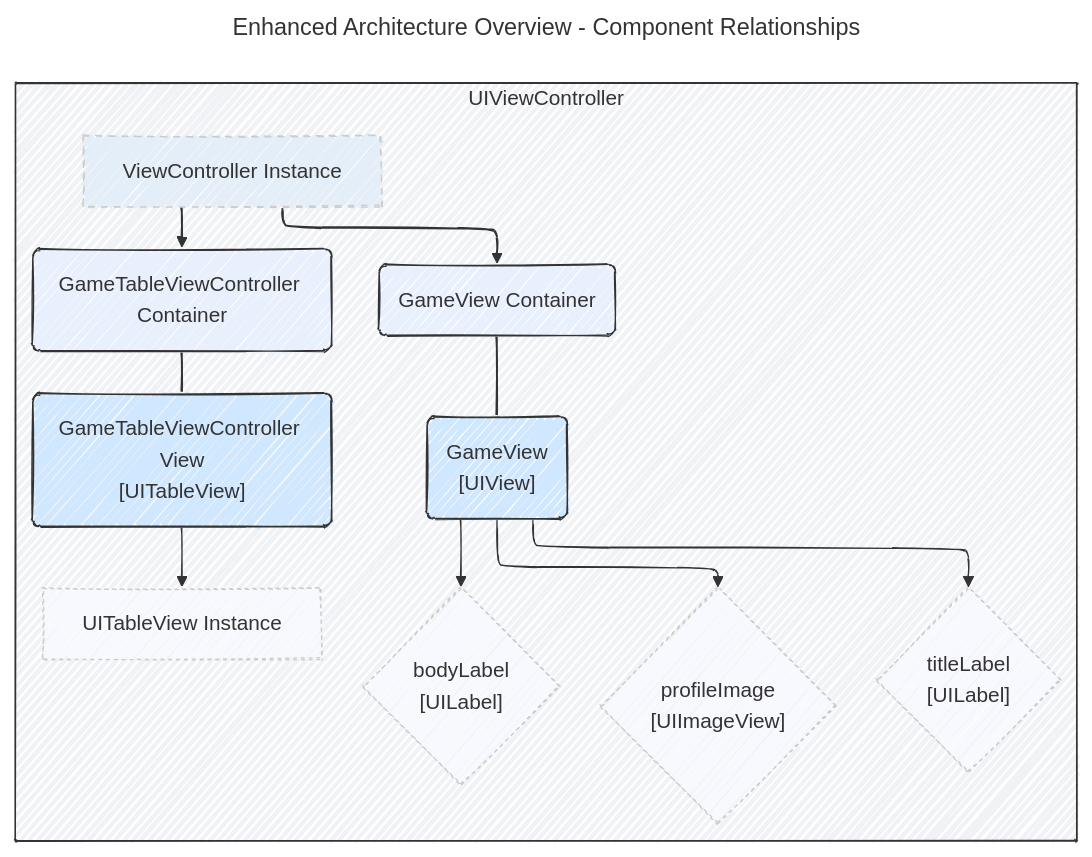
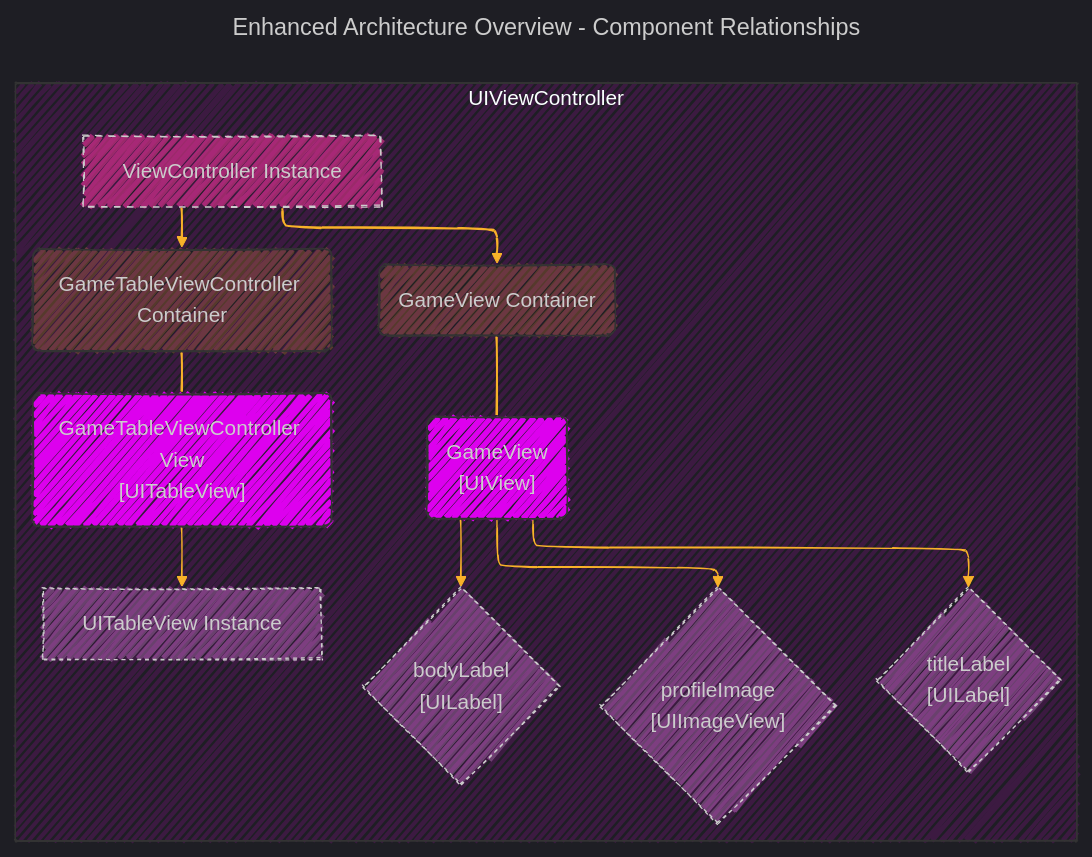
Before and after one commit to CongLeSolutionX/iOS-development-vault: the first of 5 diagrams in UIKit/Extracting_Views_and_View_Controllers_V2.md, drawn with Mermaid.

Commit message:
update note

````diff
--- a/UIKit/Extracting_Views_and_View_Controllers_V2.md
+++ b/UIKit/Extracting_Views_and_View_Controllers_V2.md
@@ -30,48 +30,61 @@
 ```mermaid
 ---
 title: Enhanced Architecture Overview - Component Relationships
 config:
   layout: elk
   look: handDrawn
-  theme: default
+  theme: dark
 ---
+%%{
+  init: {
+    'fontFamily': 'verdana',
+    'themeVariables': {
+      'primaryColor': '#BB2528',
+      'primaryTextColor': '#f529',
+      'primaryBorderColor': '#7C0000',
+      'lineColor': '#F8B229',
+      'secondaryColor': '#006100',
+      'tertiaryColor': '#fff'
+    }
+  }
+}%%
 graph LR
     subgraph ViewController["UIViewController"]
-    style ViewController fill:#f0f2f5,stroke:#333,stroke-width:1.2px
+    style ViewController fill:#f0f2,stroke:#333,stroke-width:1.2px
         A["ViewController Instance"];
         B("GameView Container");
         D("GameView<br>[UIView]");
 
         C("GameTableViewController Container");
         E("GameTableViewController View<br>[UITableView]");
 
         F{"profileImage<br>[UIImageView]"};
         G{"titleLabel<br>[UILabel]"};
         H{"bodyLabel<br>[UILabel]"};
         I["UITableView Instance"];
         
         direction TB
         
         
         A:::internal --> B:::container  --- D:::component
         A --> C:::container  --- E:::component
     end
    
     D --> F:::internalComponent
     D --> G:::internalComponent
     D --> H:::internalComponent
     E --> I:::internalComponent
 
-    classDef internal fill:#e3eef9,stroke:#ccc,stroke-width:1px,stroke-dasharray: 5 5;
-    classDef component fill:#d0e8ff,stroke:#333,stroke-width:1.1px;
-    classDef container fill:#e8f0fe,stroke:#333,stroke-width:1px;
-    classDef internalComponent fill:#f8f8ff,stroke:#ccc,stroke-width:1px,stroke-dasharray: 3 3;
+    classDef internal fill:#e399,stroke:#ccc,stroke-width:1px,stroke-dasharray: 5 5;
+    classDef component fill:#d0ef,stroke:#333,stroke-width:1.1px;
+    classDef container fill:#e844,stroke:#333,stroke-width:1px;
+    classDef internalComponent fill:#f8f5,stroke:#ccc,stroke-width:1px,stroke-dasharray: 3 3;
 
     class A internal
     class B,C container
     class D,E component
     class F,G,H,I internalComponent
 
-    linkStyle 0,1,2,3  stroke-width:1.5px;
+    linkStyle 0,1,2,3 stroke-width:1.5px;
     
 ```
````
